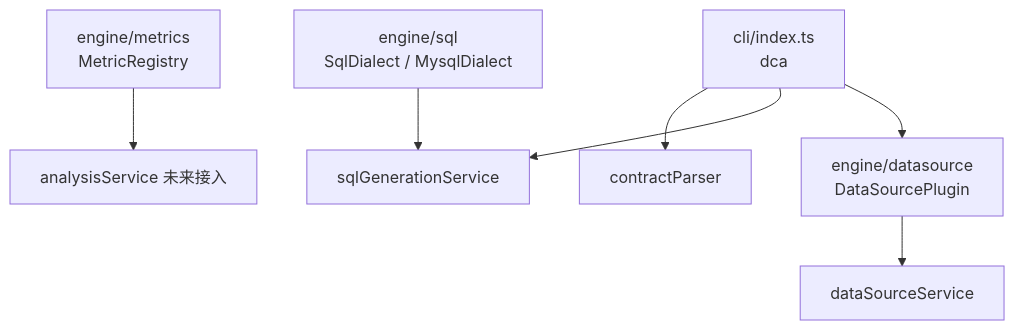
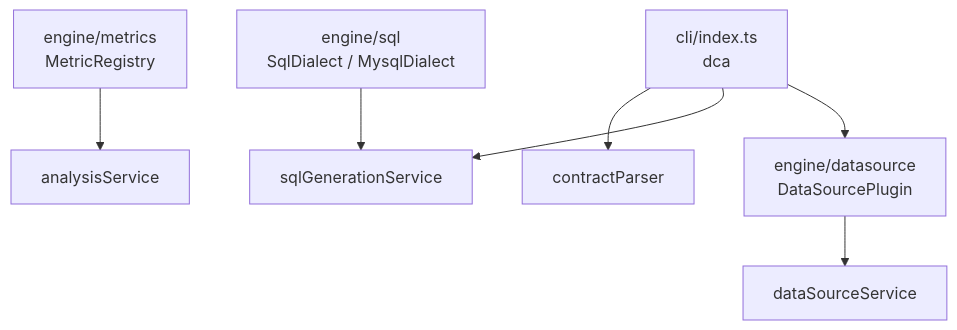
One commit to xiaoshi7915/data_clean_agent changed the eighth of 8 diagrams in app/docs/ARCHITECTURE.md. Above: the diagram before and after it, drawn with Mermaid. The commit also changed other lines of this file and 92 other files, not shown here.

````diff
--- a/app/docs/ARCHITECTURE.md
+++ b/app/docs/ARCHITECTURE.md
@@ -107,14 +309,14 @@
 ```mermaid
 flowchart TB
   Metrics[engine/metrics<br/>MetricRegistry]
   Dialect[engine/sql<br/>SqlDialect / MysqlDialect]
   Plugin[engine/datasource<br/>DataSourcePlugin]
   CLI[cli/index.ts<br/>dca]
 
-  Metrics --> Analyze[analysisService 未来接入]
+  Metrics --> Analyze[analysisService]
   Dialect --> SQL[sqlGenerationService]
   Plugin --> DS[dataSourceService]
   CLI --> Parser[contractParser]
   CLI --> SQL
   CLI --> Plugin
 ```
````
